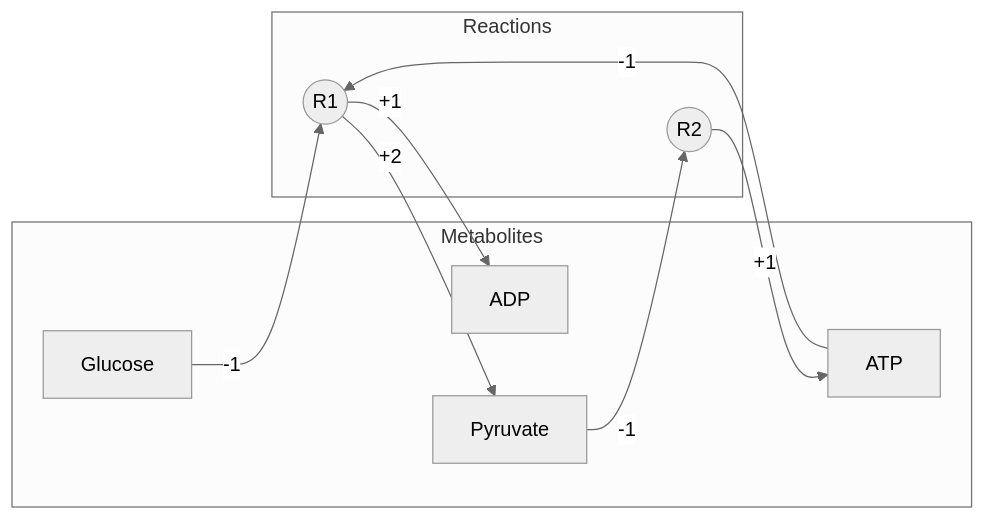
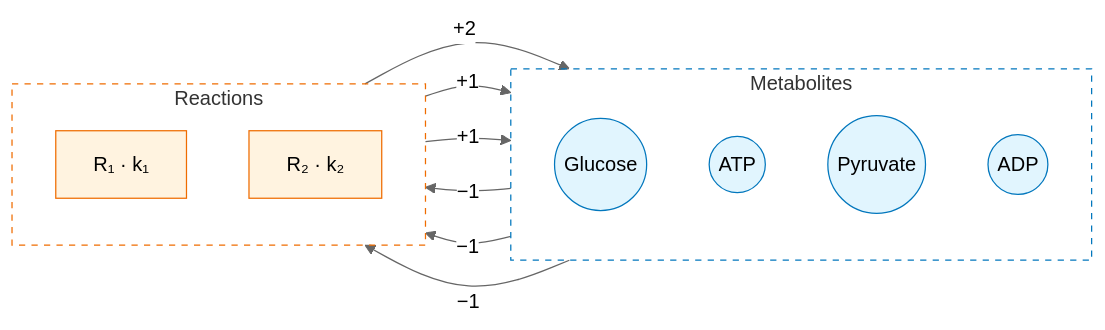
The diagram in model.qmd (allierc/MetabolismGraph), drawn with Mermaid before and after one commit. The commit also changed 8 other files, not shown here.

First line of the commit message:
Add trimmed R², outlier detection, colored prints, and minisite diagrams

````diff
--- a/model.qmd
+++ b/model.qmd
@@ -9,24 +9,35 @@
 ```{mermaid}
-%%| fig-width: 8
+%%| fig-width: 9
 %%{init: {'theme': 'neutral'}}%%
 flowchart LR
-    subgraph Metabolites
-        A[Glucose]
-        B[ATP]
-        C[Pyruvate]
-        D[ADP]
+    subgraph met["Metabolites"]
+        direction TB
+        A((Glucose))
+        B((ATP))
+        C((Pyruvate))
+        D((ADP))
     end
 
-    subgraph Reactions
-        R1((R1))
-        R2((R2))
+    subgraph rxn["Reactions"]
+        direction TB
+        R1["R₁ · k₁"]
+        R2["R₂ · k₂"]
     end
 
-    A -->|"-1"| R1
-    B -->|"-1"| R1
+    A -->|"−1"| R1
+    B -->|"−1"| R1
     R1 -->|"+2"| C
     R1 -->|"+1"| D
 
-    C -->|"-1"| R2
+    C -->|"−1"| R2
     R2 -->|"+1"| B
+
+    style A fill:#e1f5fe,stroke:#0277bd
+    style B fill:#e1f5fe,stroke:#0277bd
+    style C fill:#e1f5fe,stroke:#0277bd
+    style D fill:#e1f5fe,stroke:#0277bd
+    style R1 fill:#fff3e0,stroke:#ef6c00
+    style R2 fill:#fff3e0,stroke:#ef6c00
+    style met fill:none,stroke:#0277bd,stroke-dasharray: 5 5
+    style rxn fill:none,stroke:#ef6c00,stroke-dasharray: 5 5
 ```
````
